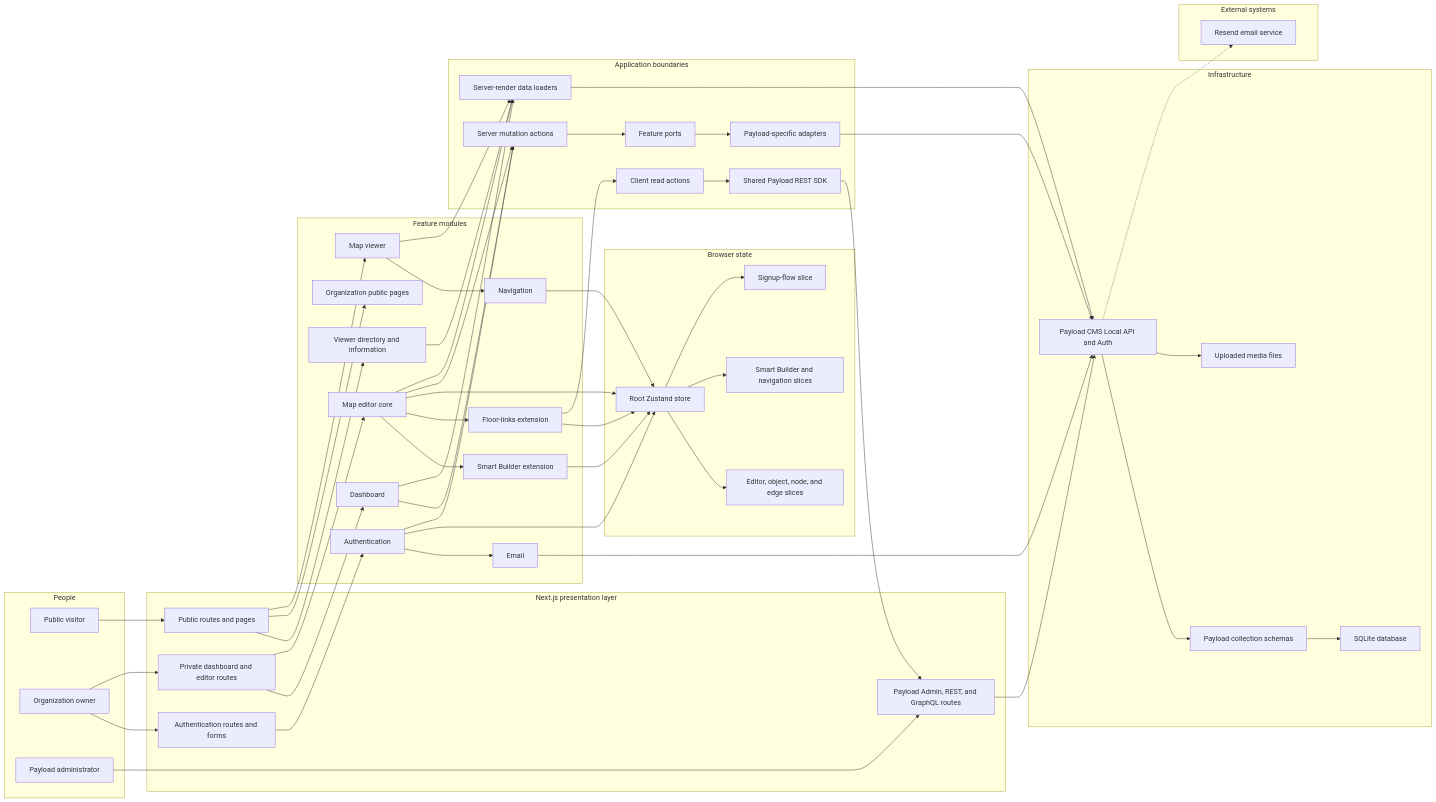
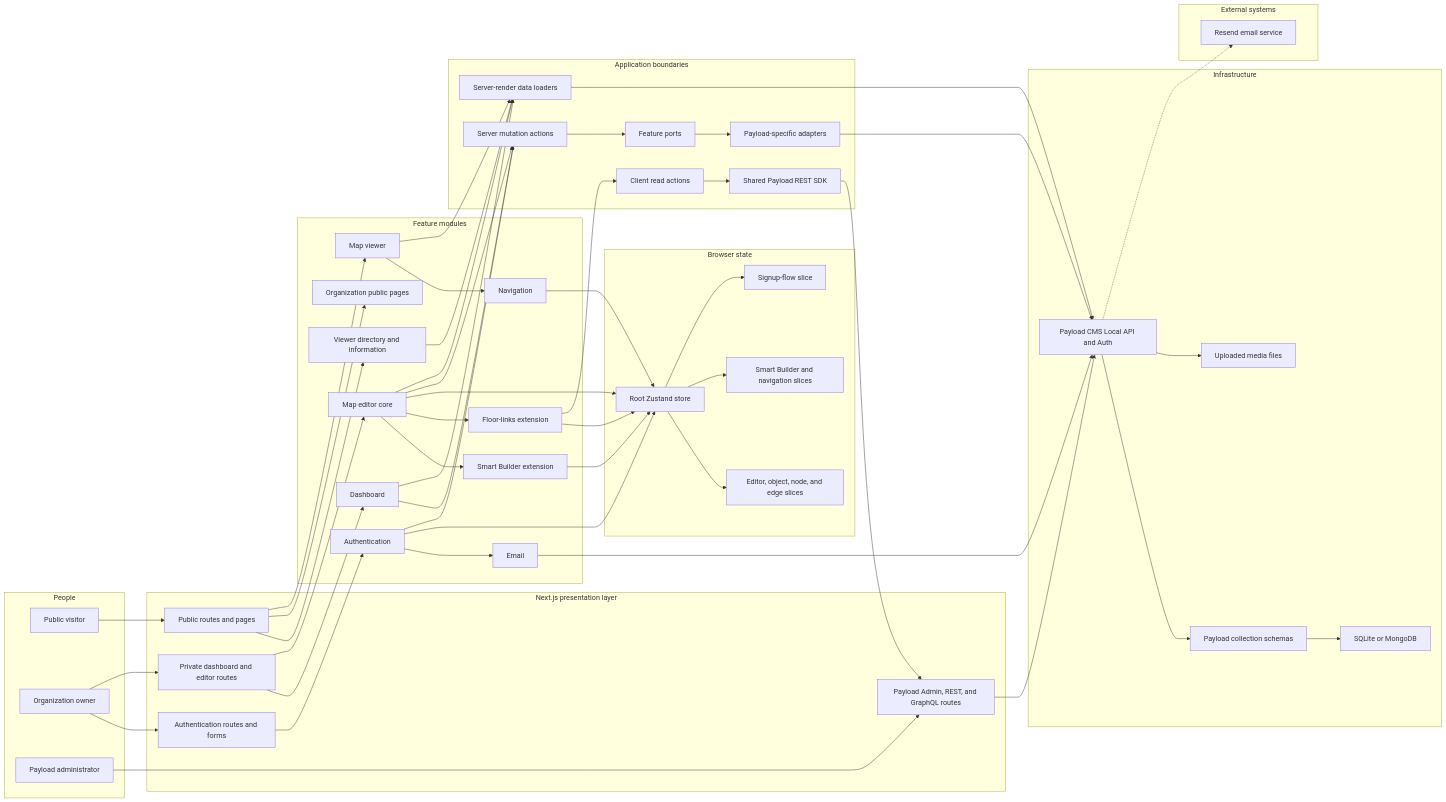
One commit to MubassirSapa/WayFinder changed the first of 6 diagrams in docs/technical/APPLICATION_ARCHITECTURE.md. Above: the diagram before and after it, drawn with Mermaid. The commit also changed other lines of this file and 9 other files, not shown here.

```diff
--- a/docs/technical/APPLICATION_ARCHITECTURE.md
+++ b/docs/technical/APPLICATION_ARCHITECTURE.md
@@ -76,7 +76,7 @@
     subgraph infrastructure ["Infrastructure"]
         payloadCms["Payload CMS Local API and Auth"]
         collections["Payload collection schemas"]
-        sqlite["SQLite database"]
+        database["SQLite or MongoDB"]
         mediaStorage["Uploaded media files"]
     end
 
@@ -126,7 +126,7 @@
     payloadSdk --> payloadRoutes
     payloadRoutes --> payloadCms
     payloadCms --> collections
-    collections --> sqlite
+    collections --> database
     payloadCms --> mediaStorage
     emailFeature --> payloadCms
     payloadCms -.-> resend
```
